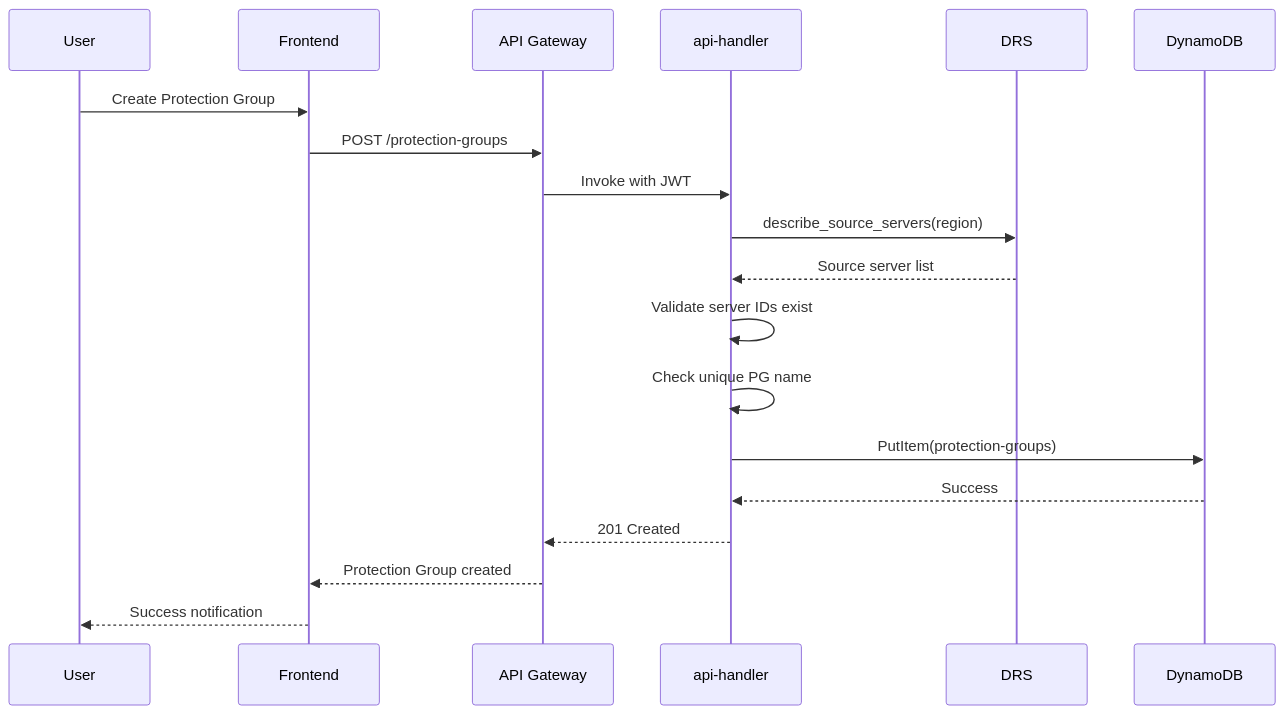
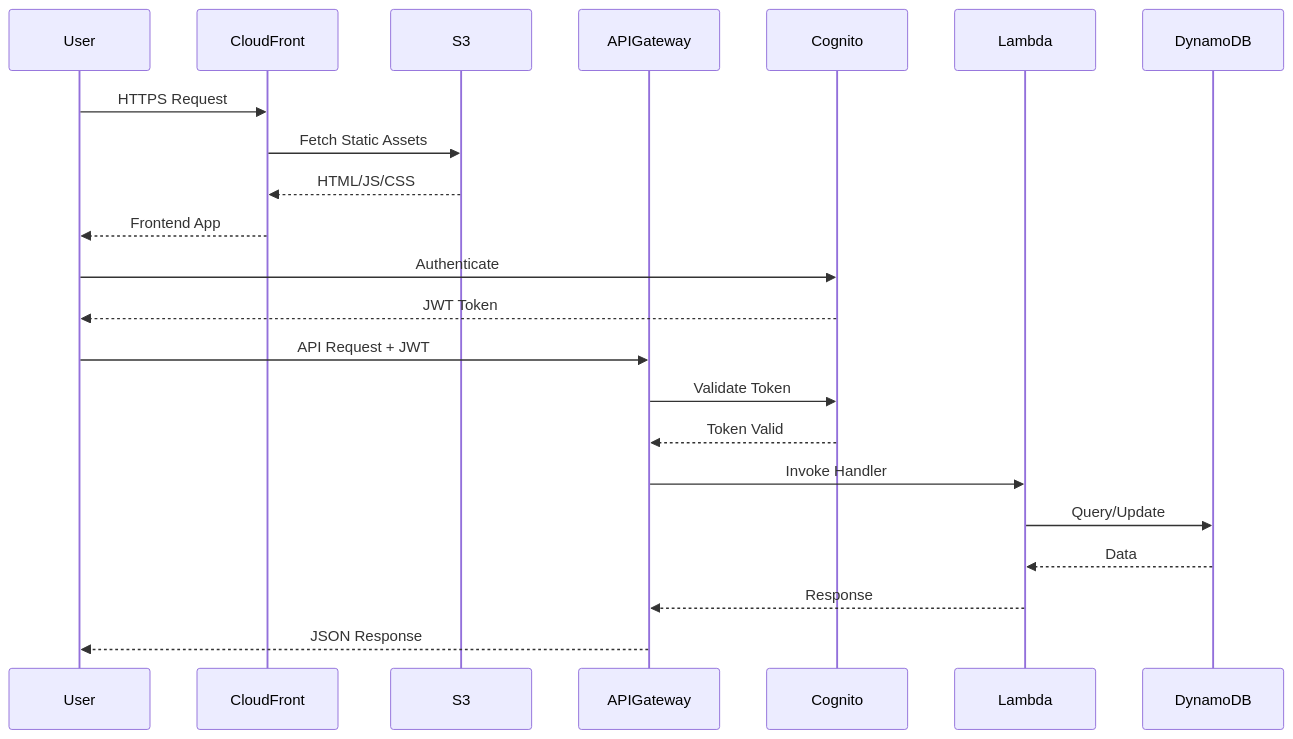
One commit to johnjcousens/aws-elasticdrs-orchestrator changed the third of 12 diagrams in docs/architecture/ARCHITECTURE_DIAGRAMS.md. Above: the diagram before and after it, drawn with Mermaid. The commit also changed other lines of this file and 16 other files, not shown here.

````diff
--- a/docs/architecture/ARCHITECTURE_DIAGRAMS.md
+++ b/docs/architecture/ARCHITECTURE_DIAGRAMS.md
@@ -190,26 +199,27 @@
 ```mermaid
 sequenceDiagram
     participant User
-    participant Frontend
-    participant APIGW as API Gateway
-    participant ApiHandler as api-handler
-    participant DRS
+    participant CloudFront
+    participant S3
+    participant APIGateway
+    participant Cognito
+    participant Lambda
     participant DynamoDB
-
-    User->>Frontend: Create Protection Group
-    Frontend->>APIGW: POST /protection-groups
-    APIGW->>ApiHandler: Invoke with JWT
-
-    ApiHandler->>DRS: describe_source_servers(region)
-    DRS-->>ApiHandler: Source server list
-
-    ApiHandler->>ApiHandler: Validate server IDs exist
-    ApiHandler->>ApiHandler: Check unique PG name
-
-    ApiHandler->>DynamoDB: PutItem(protection-groups)
-    DynamoDB-->>ApiHandler: Success
-
-    ApiHandler-->>APIGW: 201 Created
-    APIGW-->>Frontend: Protection Group created
-    Frontend-->>User: Success notification
+    
+    User->>CloudFront: HTTPS Request
+    CloudFront->>S3: Fetch Static Assets
+    S3-->>CloudFront: HTML/JS/CSS
+    CloudFront-->>User: Frontend App
+    
+    User->>Cognito: Authenticate
+    Cognito-->>User: JWT Token
+    
+    User->>APIGateway: API Request + JWT
+    APIGateway->>Cognito: Validate Token
+    Cognito-->>APIGateway: Token Valid
+    APIGateway->>Lambda: Invoke Handler
+    Lambda->>DynamoDB: Query/Update
+    DynamoDB-->>Lambda: Data
+    Lambda-->>APIGateway: Response
+    APIGateway-->>User: JSON Response
 ```
````
